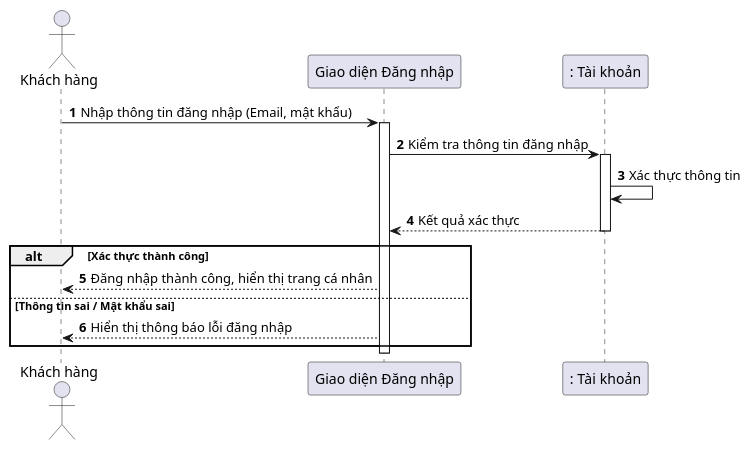
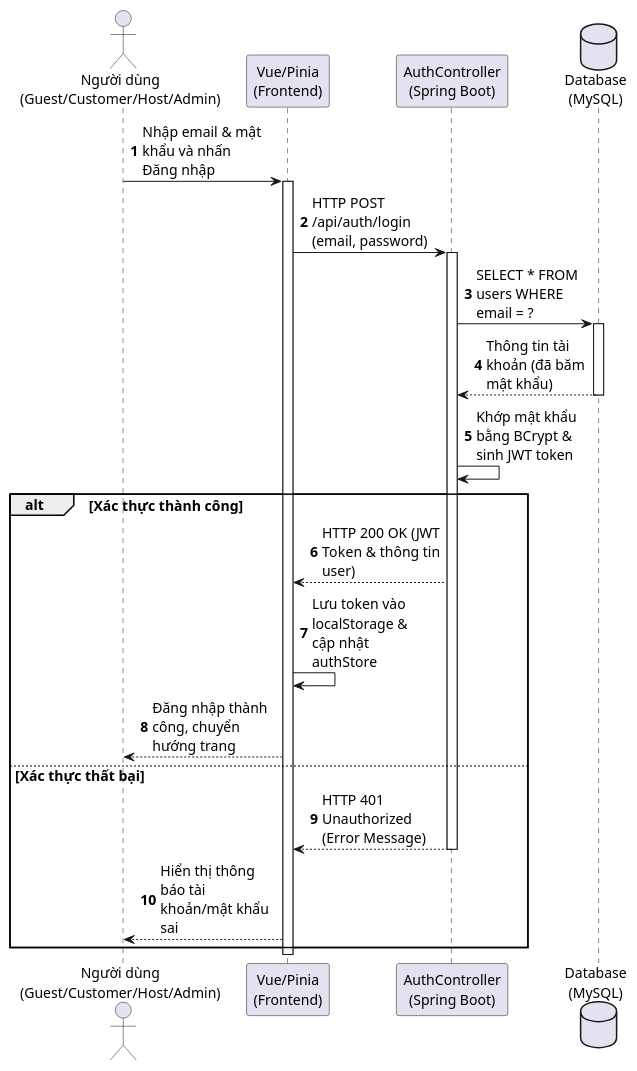
The ninth of 28 diagrams in huong_dan_ve_bieu_do.md (kienpham23/BuddingHotelStay-frontend), drawn with PlantUML before and after one commit. The commit also changed other lines of this file and 16 other files, not shown here.

Commit message:
Cập nhập sửa giao diện

````diff
--- a/huong_dan_ve_bieu_do.md
+++ b/huong_dan_ve_bieu_do.md
@@ -299,24 +299,34 @@
 ```plantuml
 @startuml
 autonumber
-actor "Khách hàng" as User
-participant "Giao diện Đăng nhập" as GUI
-participant ": Tài khoản" as Account
+skinparam DefaultFontSize 14
+skinparam MaxMessageSize 120
+skinparam ParticipantPadding 10
+skinparam BoxPadding 10
 
-User -> GUI : Nhập thông tin đăng nhập (Email, mật khẩu)
-activate GUI
+actor "Người dùng\n(Guest/Customer/Host/Admin)" as User
+participant "Vue/Pinia\n(Frontend)" as Vue
+participant "AuthController\n(Spring Boot)" as API
+database "Database\n(MySQL)" as DB
 
-GUI -> Account : Kiểm tra thông tin đăng nhập
-activate Account
-Account -> Account : Xác thực thông tin
-Account --> GUI : Kết quả xác thực
-deactivate Account
-
+User -> Vue : Nhập email & mật khẩu và nhấn Đăng nhập
+activate Vue
+Vue -> API : HTTP POST /api/auth/login (email, password)
+activate API
+API -> DB : SELECT * FROM users WHERE email = ?
+activate DB
+DB --> API : Thông tin tài khoản (đã băm mật khẩu)
+deactivate DB
+API -> API : Khớp mật khẩu bằng BCrypt & sinh JWT token
 alt Xác thực thành công
-    GUI --> User : Đăng nhập thành công, hiển thị trang cá nhân
-else Thông tin sai / Mật khẩu sai
-    GUI --> User : Hiển thị thông báo lỗi đăng nhập
+    API --> Vue : HTTP 200 OK (JWT Token & thông tin user)
+    Vue -> Vue : Lưu token vào localStorage & cập nhật authStore
+    Vue --> User : Đăng nhập thành công, chuyển hướng trang
+else Xác thực thất bại
+    API --> Vue : HTTP 401 Unauthorized (Error Message)
+    deactivate API
+    Vue --> User : Hiển thị thông báo tài khoản/mật khẩu sai
 end
-deactivate GUI
+deactivate Vue
 @enduml
 ```
````
